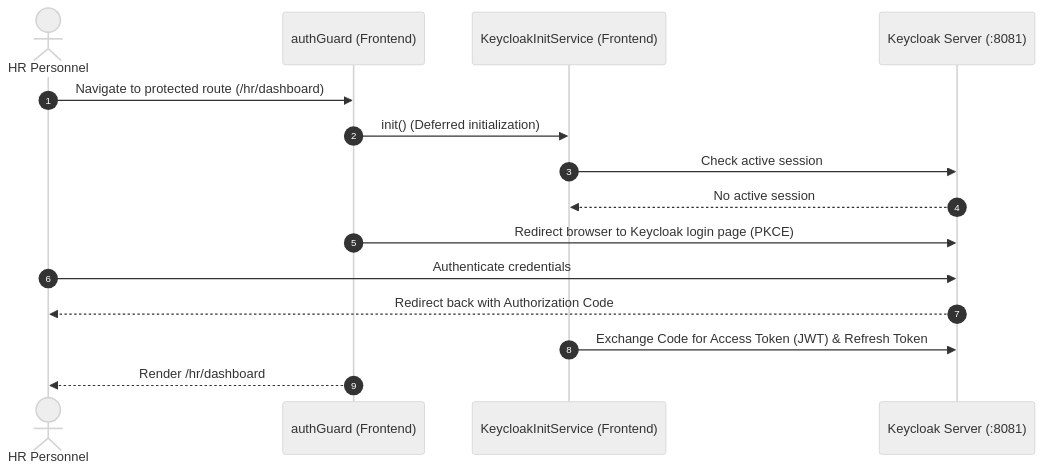
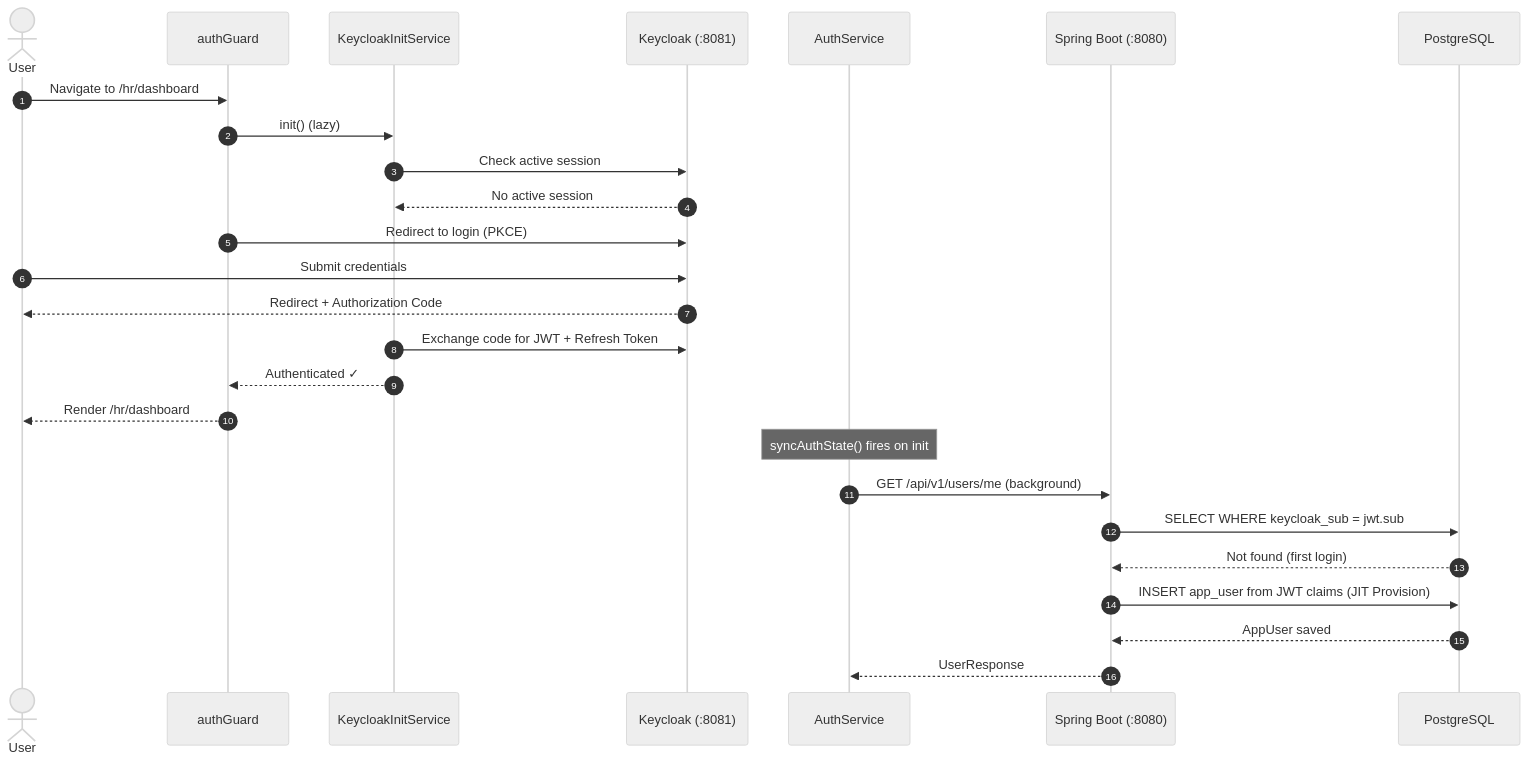
The second of 3 diagrams in docs/KEYCLOAK_AUTH.md (yousseftag/SmartRecruit), drawn with Mermaid (neutral theme) before and after one commit. The commit also changed other lines of this file, not shown here.

Commit message:
docs(auth): update authentication architecture and synchronization model

````diff
--- a/docs/KEYCLOAK_AUTH.md
+++ b/docs/KEYCLOAK_AUTH.md
@@ -115,18 +248,30 @@
 ```mermaid
 sequenceDiagram
     autonumber
-    actor User as HR Personnel
-    participant Guard as authGuard (Frontend)
-    participant Init as KeycloakInitService (Frontend)
-    participant Keycloak as Keycloak Server (:8081)
+    actor User
+    participant Guard as authGuard
+    participant Init as KeycloakInitService
+    participant KC as Keycloak (:8081)
+    participant Auth as AuthService
+    participant Backend as Spring Boot (:8080)
+    participant DB as PostgreSQL
 
-    User->>Guard: Navigate to protected route (/hr/dashboard)
-    Guard->>Init: init() (Deferred initialization)
-    Init->>Keycloak: Check active session
-    Keycloak-->>Init: No active session
-    Guard->>Keycloak: Redirect browser to Keycloak login page (PKCE)
-    User->>Keycloak: Authenticate credentials
-    Keycloak-->>User: Redirect back with Authorization Code
-    Init->>Keycloak: Exchange Code for Access Token (JWT) & Refresh Token
+    User->>Guard: Navigate to /hr/dashboard
+    Guard->>Init: init() (lazy)
+    Init->>KC: Check active session
+    KC-->>Init: No active session
+    Guard->>KC: Redirect to login (PKCE)
+    User->>KC: Submit credentials
+    KC-->>User: Redirect + Authorization Code
+    Init->>KC: Exchange code for JWT + Refresh Token
+    Init-->>Guard: Authenticated ✓
     Guard-->>User: Render /hr/dashboard
+
+    Note over Auth: syncAuthState() fires on init
+    Auth->>Backend: GET /api/v1/users/me (background)
+    Backend->>DB: SELECT WHERE keycloak_sub = jwt.sub
+    DB-->>Backend: Not found (first login)
+    Backend->>DB: INSERT app_user from JWT claims (JIT Provision)
+    DB-->>Backend: AppUser saved
+    Backend-->>Auth: UserResponse
 ```
````
